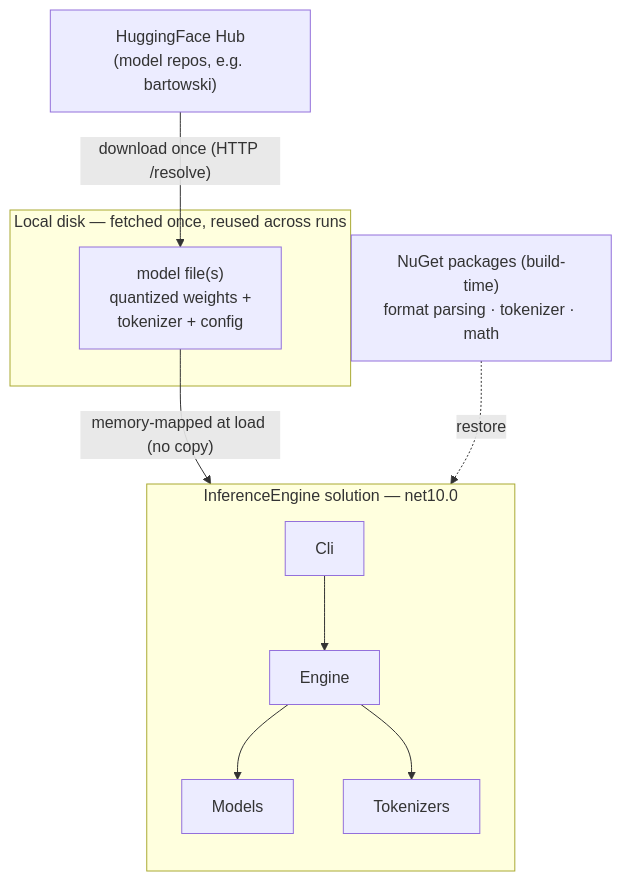
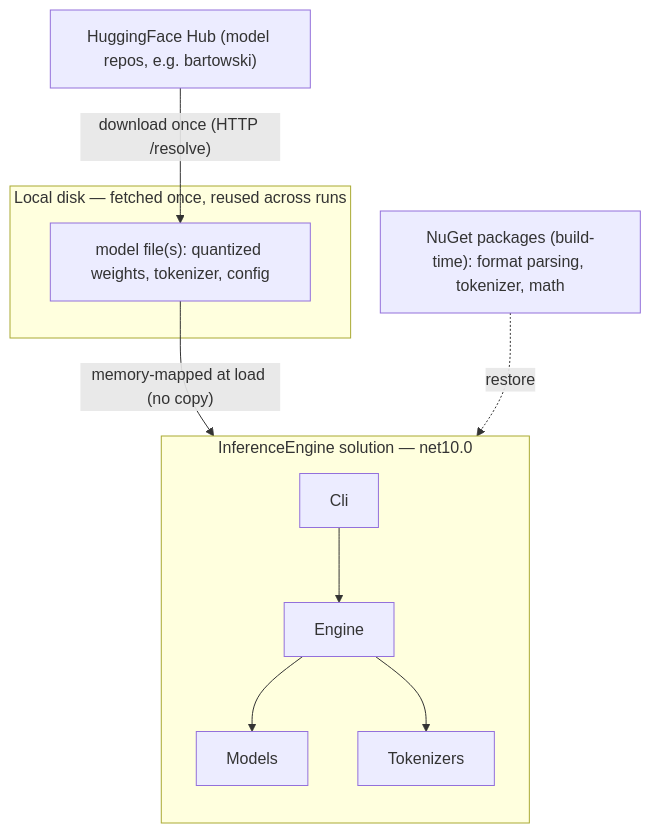
Before and after one commit to Glareone/AI-Inference-Execution-CSharp: the first of 2 diagrams in docs/architecture/260901-project-challenges-and-how-to-address-them.md, drawn with Mermaid. The commit also changed other lines of this file and 4 other files, not shown here.

Commit message:
Adjusting all moments in skills and agents, adr adjusted to show diagrams correctly in rider and vscode

````diff
--- a/docs/architecture/260901-project-challenges-and-how-to-address-them.md
+++ b/docs/architecture/260901-project-challenges-and-how-to-address-them.md
@@ -108,20 +108,20 @@
 ```mermaid
 flowchart TB
-    hub["HuggingFace Hub<br/>(model repos, e.g. bartowski)"]
-    nuget["NuGet packages (build-time)<br/>format parsing · tokenizer · math"]
+    hub["HuggingFace Hub (model repos, e.g. bartowski)"]
+    nuget["NuGet packages (build-time): format parsing, tokenizer, math"]
 
     subgraph disk["Local disk — fetched once, reused across runs"]
-        weights["model file(s)<br/>quantized weights +<br/>tokenizer + config"]
+        weights["model file(s): quantized weights, tokenizer, config"]
     end
 
     subgraph sln["InferenceEngine solution — net10.0"]
         direction TB
         cli["Cli"] --> engine["Engine"]
         engine --> models["Models"]
         engine --> tok["Tokenizers"]
     end
 
     hub -- "download once (HTTP /resolve)" --> weights
     weights -- "memory-mapped at load (no copy)" --> models
     nuget -. "restore" .-> sln
 ```
````
